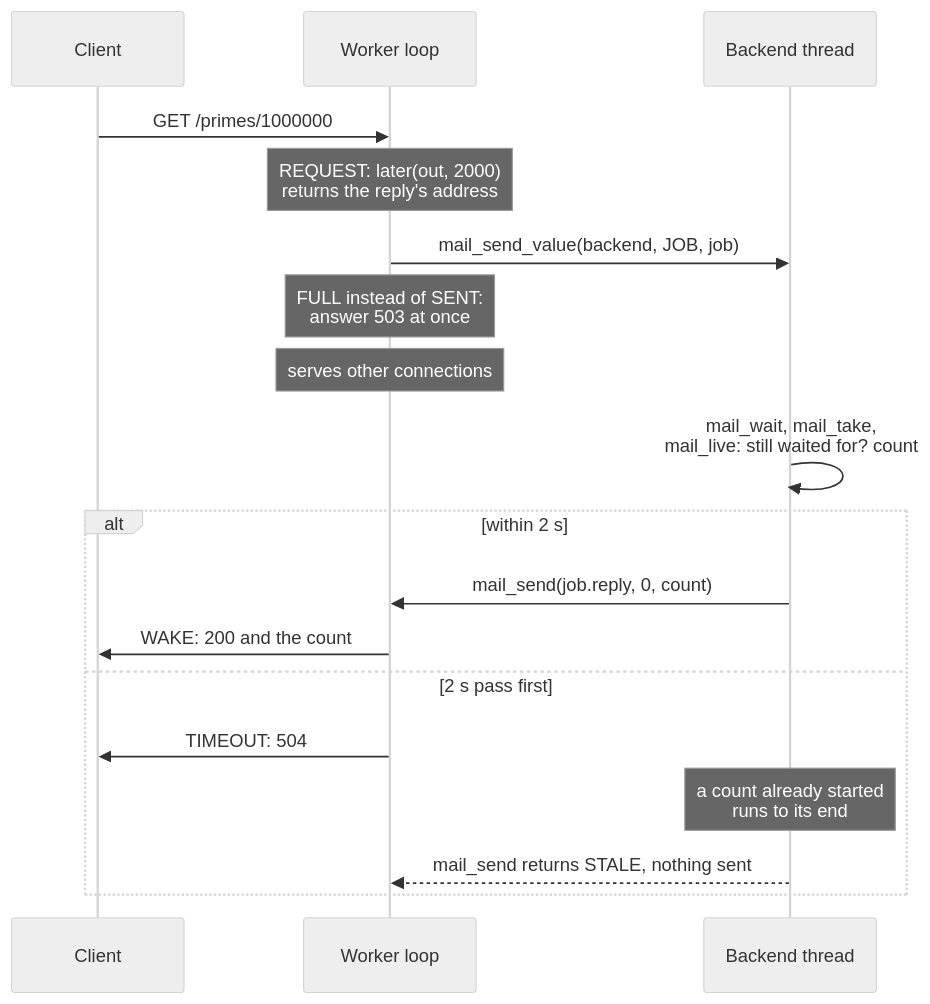
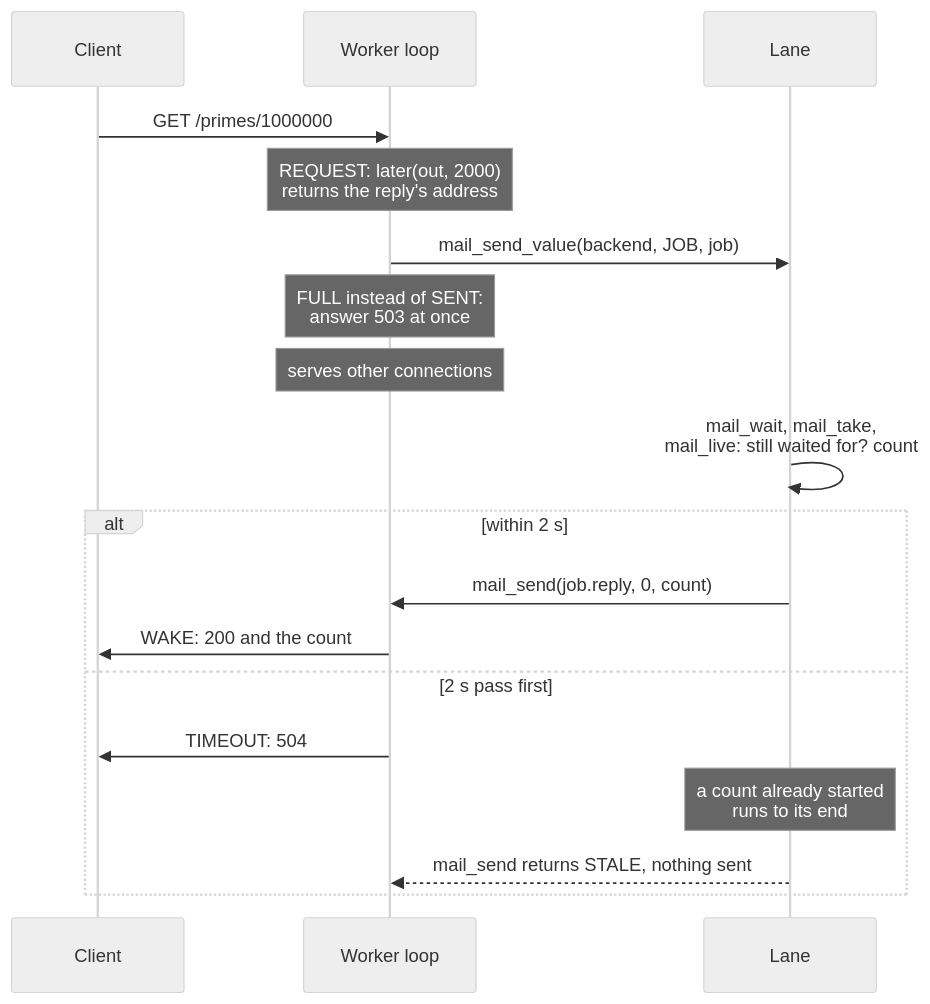
The third of 3 diagrams in docs/patterns.md (Lemon4ksan/goose-http), drawn with Mermaid (neutral theme) before and after one commit. The commit also changed other lines of this file and 15 other files, not shown here.

````diff
--- a/docs/patterns.md
+++ b/docs/patterns.md
@@ -183,20 +183,20 @@
 ```mermaid
 sequenceDiagram
     participant C as Client
     participant W as Worker loop
-    participant B as Backend thread
+    participant B as Lane
     C->>W: GET /primes/1000000
     Note over W: REQUEST: later(out, 2000)<br/>returns the reply's address
     W->>B: mail_send_value(backend, JOB, job)
     Note over W: FULL instead of SENT:<br/>answer 503 at once
     Note over W: serves other connections
     B->>B: mail_wait, mail_take,<br/>mail_live: still waited for? count
     alt within 2 s
         B->>W: mail_send(job.reply, 0, count)
         W->>C: WAKE: 200 and the count
     else 2 s pass first
         W->>C: TIMEOUT: 504
         Note over B: a count already started<br/>runs to its end
         B-->>W: mail_send returns STALE, nothing sent
     end
 ```
````
